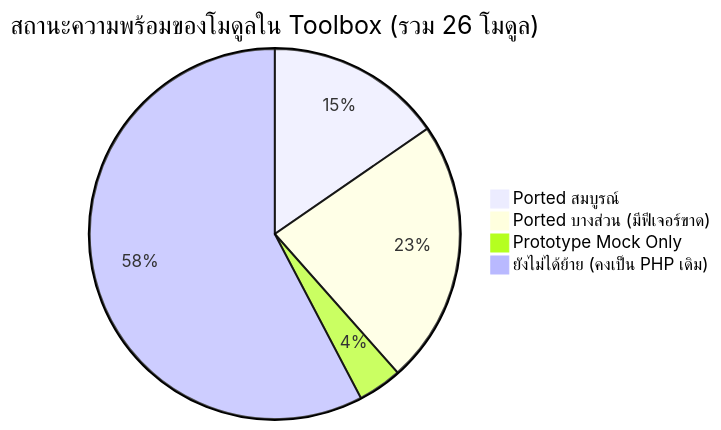
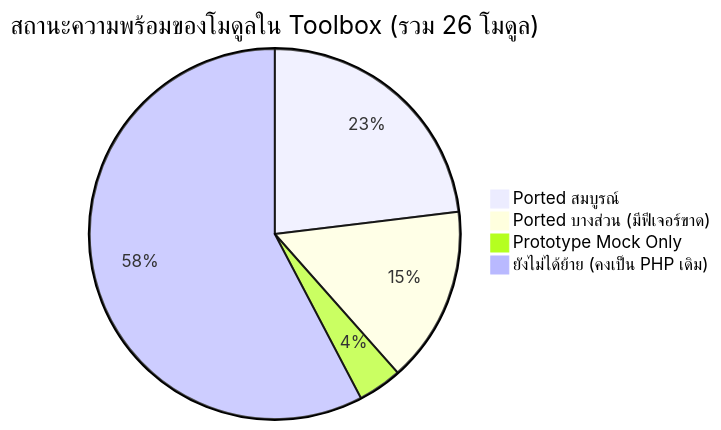
The first of 2 diagrams in MES/docs/blueprint/MES_LEGACY_VS_TOOLBOX_GAP_ANALYSIS.md (Scyst/MES), drawn with Mermaid before and after one commit. The commit also changed other lines of this file and 4 other files, not shown here.

````diff
--- a/MES/docs/blueprint/MES_LEGACY_VS_TOOLBOX_GAP_ANALYSIS.md
+++ b/MES/docs/blueprint/MES_LEGACY_VS_TOOLBOX_GAP_ANALYSIS.md
@@ -18,7 +18,7 @@
 ```mermaid
 pie title สถานะความพร้อมของโมดูลใน Toolbox (รวม 26 โมดูล)
-    "Ported สมบูรณ์" : 4
-    "Ported บางส่วน (มีฟีเจอร์ขาด)" : 6
+    "Ported สมบูรณ์" : 6
+    "Ported บางส่วน (มีฟีเจอร์ขาด)" : 4
     "Prototype Mock Only" : 1
     "ยังไม่ได้ย้าย (คงเป็น PHP เดิม)" : 15
 ```
````
